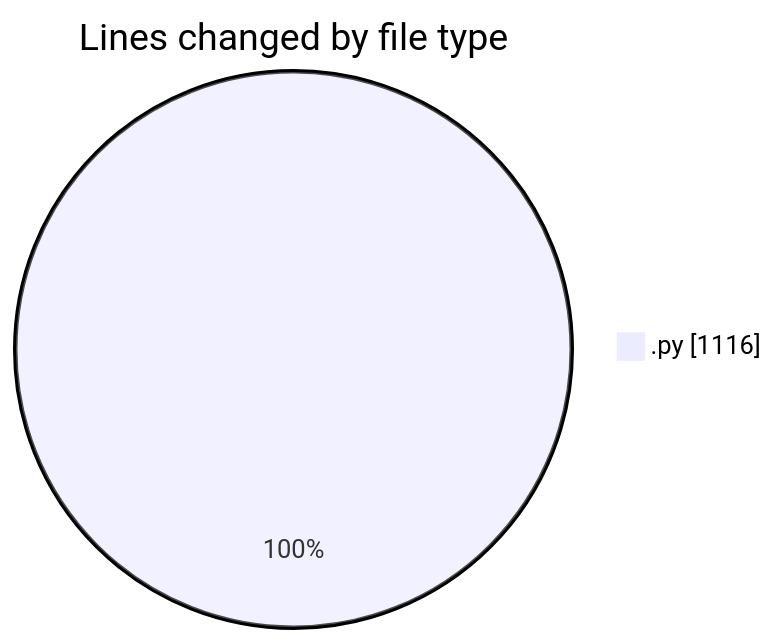
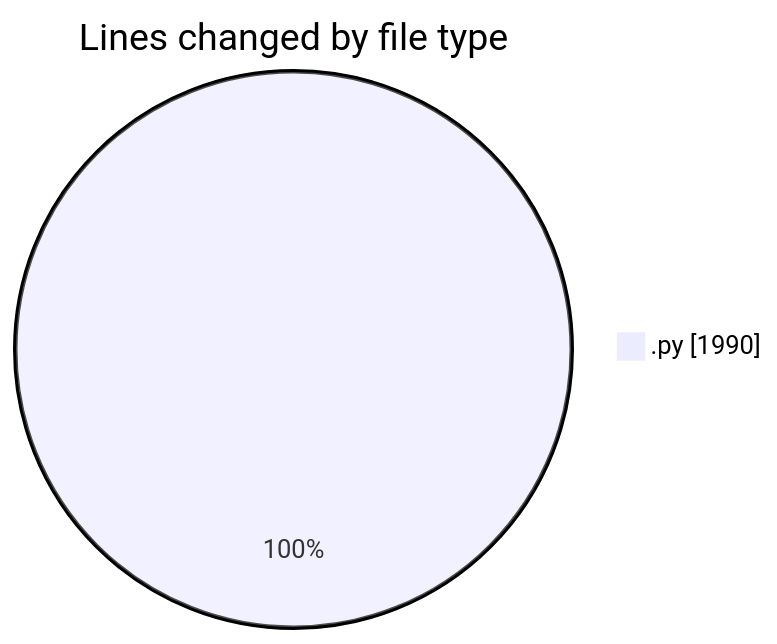
One commit to FelipKnott/code-tracking changed the first of 2 diagrams in 2025-07-02/cursor/README.md. Above: the diagram before and after it, drawn with Mermaid. The commit also changed other lines of this file and 1 other file, not shown here.

````diff
--- a/2025-07-02/cursor/README.md
+++ b/2025-07-02/cursor/README.md
@@ -23,5 +23,5 @@
 ```mermaid
 pie showData
 title Lines changed by file type
-".py" : 1116
+".py" : 1990
 ```
````
